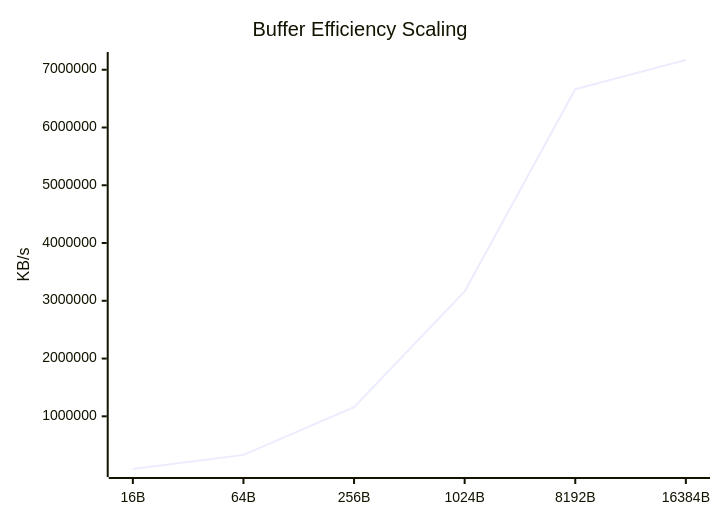
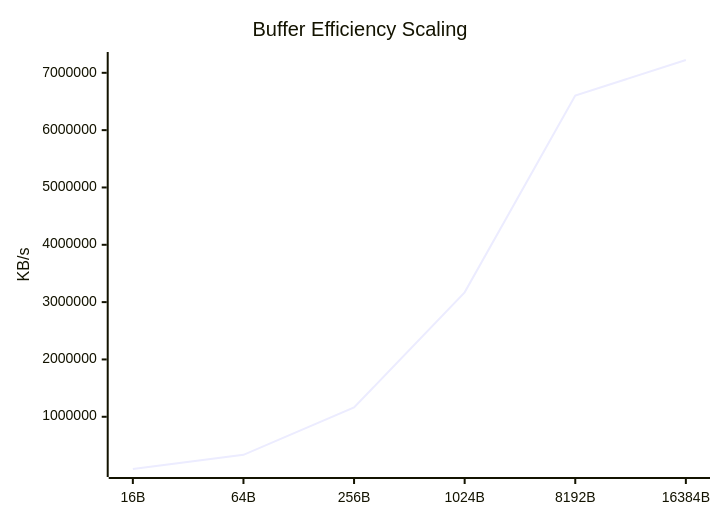
The sixth of 9 diagrams in docs/Comparison_Report.md (taha2samy/openssl_fips), drawn with Mermaid before and after one commit. The commit also changed other lines of this file and 3 other files, not shown here.

````diff
--- a/docs/Comparison_Report.md
+++ b/docs/Comparison_Report.md
@@ -102,7 +102,7 @@
 ```mermaid
 xychart-beta
     title "Buffer Efficiency Scaling"
     x-axis [16B, 64B, 256B, 1024B, 8192B, 16384B]
     y-axis "KB/s"
-    line [87855.2, 332049.31, 1159198.98, 3160440.32, 6662991.87, 7168573.44]
+    line [88900.46, 335625.06, 1161118.85, 3170501.63, 6603472.9, 7223607.3]
 ```
````
